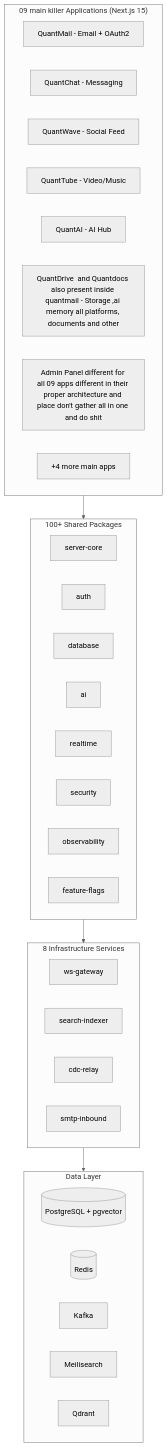
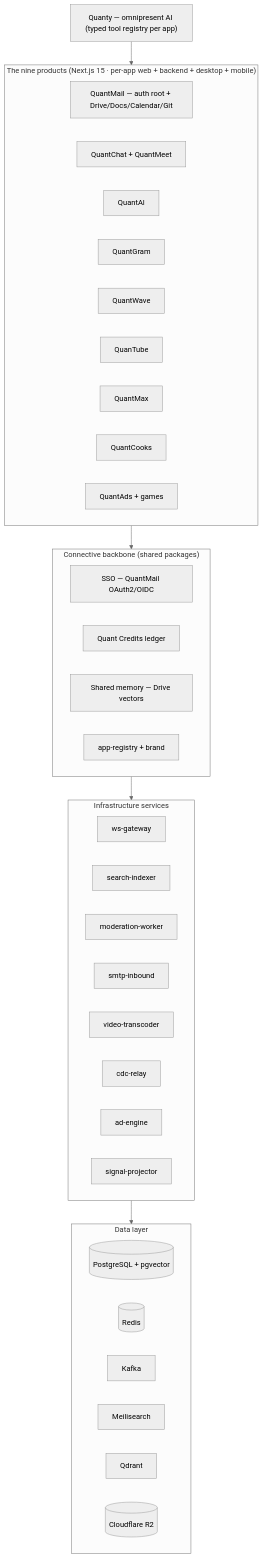
Before and after one commit to quantrinitylab/Quant-Ecosystem: the diagram in README.md, drawn with Mermaid (neutral theme). The commit also changed other lines of this file and 37 other files, not shown here.

First line of the commit message:
feat(app-registry): single-source Quant app catalog (Phase 0) (#347)

````diff
--- a/README.md
+++ b/README.md
@@ -43,46 +50,51 @@
 ```mermaid
 graph TD
-    subgraph Apps["09 main killer Applications (Next.js 15)"]
+    Quanty["Quanty — omnipresent AI (typed tool registry per app)"]
+
+    subgraph Apps["The nine products (Next.js 15 · per-app web + backend + desktop + mobile)"]
         direction LR
-        QM[QuantMail - Email + OAuth2]
-        QC[QuantChat - Messaging]
-        QS[QuantWave - Social Feed]
-        QT[QuantTube - Video/Music]
-        QA[QuantAI - AI Hub]
-        QD[QuantDrive  and Quantdocs also present inside quantmail - Storage ,ai memory all platforms, documents and other ]
-        Admin[Admin Panel different for all 09 apps different in their proper architecture and place don't gather all in one and do shit]
-        More[+4 more main apps]
+        QM[QuantMail — auth root + Drive/Docs/Calendar/Git]
+        QC[QuantChat + QuantMeet]
+        QAI[QuantAI]
+        QG[QuantGram]
+        QW[QuantWave]
+        QT[QuanTube]
+        QMX[QuantMax]
+        QCK[QuantCooks]
+        QAD[QuantAds + games]
     end
 
-    subgraph Packages["100+ Shared Packages"]
+    subgraph Backbone["Connective backbone (shared packages)"]
         direction LR
-        SC[server-core]
-        Auth[auth]
-        DB[database]
-        AI[ai]
-        RT[realtime]
-        Sec[security]
-        Obs[observability]
-        FF[feature-flags]
+        SSO[SSO — QuantMail OAuth2/OIDC]
+        CR[Quant Credits ledger]
+        MEM[Shared memory — Drive vectors]
+        REG[app-registry + brand]
     end
 
-    subgraph Services["8 Infrastructure Services"]
+    subgraph Services["Infrastructure services"]
         direction LR
         WS[ws-gateway]
         SI[search-indexer]
+        MOD[moderation-worker]
+        SMTP[smtp-inbound]
+        VT[video-transcoder]
         CDC[cdc-relay]
-        SMTP[smtp-inbound]
+        AE[ad-engine]
+        SP[signal-projector]
     end
 
-    subgraph Data["Data Layer"]
+    subgraph Data["Data layer"]
         PG[(PostgreSQL + pgvector)]
         Redis[(Redis)]
         Kafka[Kafka]
         Meili[Meilisearch]
         Qdrant[Qdrant]
+        R2[(Cloudflare R2)]
     end
 
-    Apps --> Packages
-    Packages --> Services
+    Quanty --> Apps
+    Apps --> Backbone
+    Backbone --> Services
     Services --> Data
 ```
````
